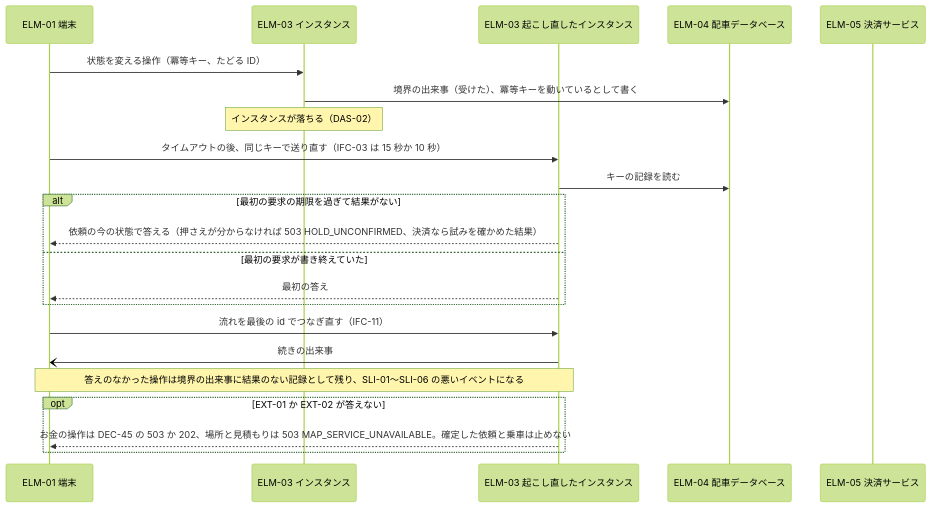
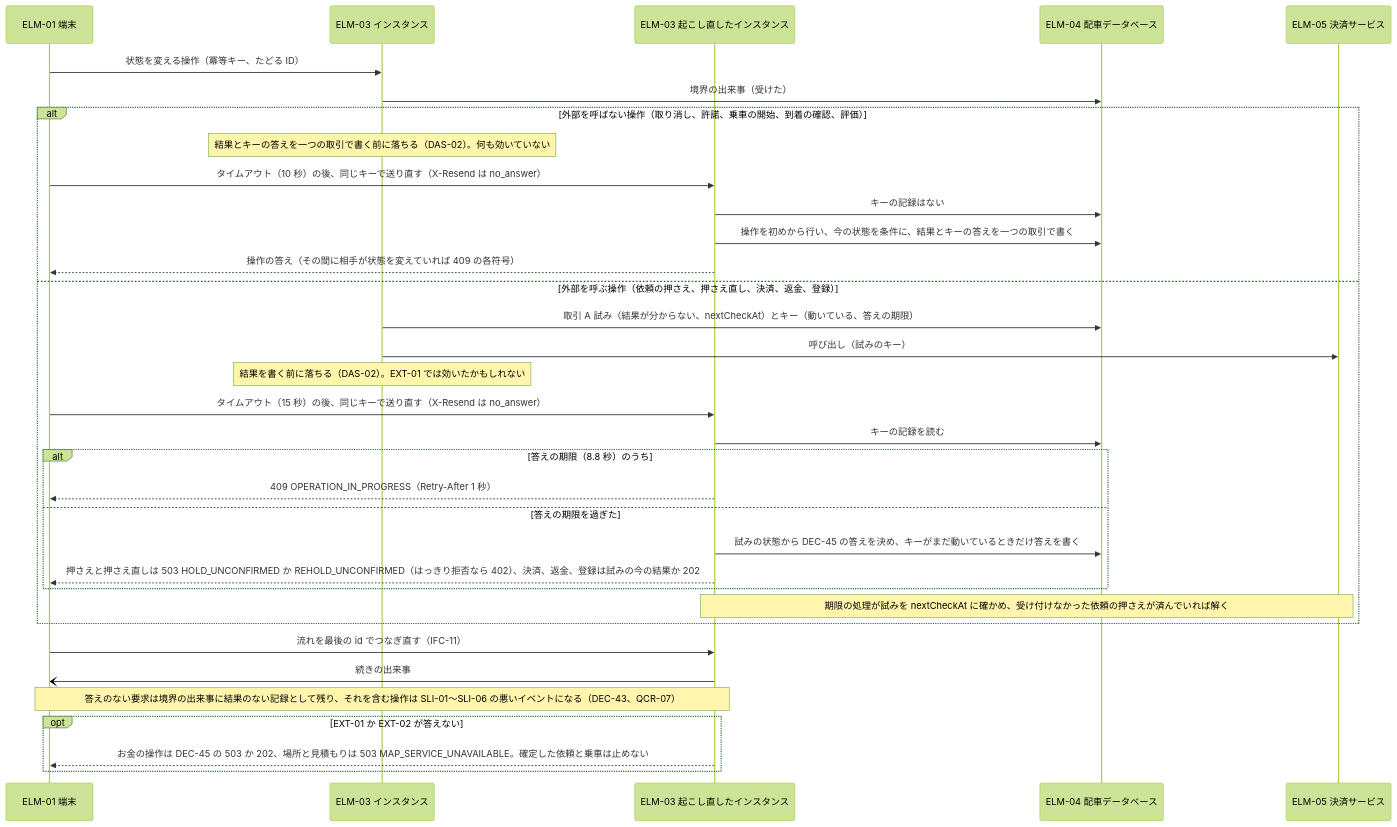
One commit to Taro000/ride-hailing-app-demo changed diagram 23 of 57 in docs/design/3-high-level-design.md. Above: the diagram before and after it, drawn with Mermaid (forest theme). The commit also changed other lines of this file and 51 other files, not shown here.

````diff
--- a/docs/design/3-high-level-design.md
+++ b/docs/design/3-high-level-design.md
@@ -758,24 +861,36 @@
 ```mermaid
 sequenceDiagram
   participant A as ELM-01 端末
   participant S1 as ELM-03 インスタンス
   participant S2 as ELM-03 起こし直したインスタンス
   participant DB as ELM-04 配車データベース
   participant PAY as ELM-05 決済サービス
   A->>S1: 状態を変える操作（冪等キー、たどる ID）
-  S1->>DB: 境界の出来事（受けた）、冪等キーを動いているとして書く
-  Note over S1: インスタンスが落ちる（DAS-02）
-  A->>S2: タイムアウトの後、同じキーで送り直す（IFC-03 は 15 秒か 10 秒）
-  S2->>DB: キーの記録を読む
-  alt 最初の要求の期限を過ぎて結果がない
-    S2-->>A: 依頼の今の状態で答える（押さえが分からなければ 503 HOLD_UNCONFIRMED、決済なら試みを確かめた結果）
-  else 最初の要求が書き終えていた
-    S2-->>A: 最初の答え
+  S1->>DB: 境界の出来事（受けた）
+  alt 外部を呼ばない操作（取り消し、許諾、乗車の開始、到着の確認、評価）
+    Note over S1: 結果とキーの答えを一つの取引で書く前に落ちる（DAS-02）。何も効いていない
+    A->>S2: タイムアウト（10 秒）の後、同じキーで送り直す（X-Resend は no_answer）
+    S2->>DB: キーの記録はない
+    S2->>DB: 操作を初めから行い、今の状態を条件に、結果とキーの答えを一つの取引で書く
+    S2-->>A: 操作の答え（その間に相手が状態を変えていれば 409 の各符号）
+  else 外部を呼ぶ操作（依頼の押さえ、押さえ直し、決済、返金、登録）
+    S1->>DB: 取引 A 試み（結果が分からない、nextCheckAt）とキー（動いている、答えの期限）
+    S1->>PAY: 呼び出し（試みのキー）
+    Note over S1: 結果を書く前に落ちる（DAS-02）。EXT-01 では効いたかもしれない
+    A->>S2: タイムアウト（15 秒）の後、同じキーで送り直す（X-Resend は no_answer）
+    S2->>DB: キーの記録を読む
+    alt 答えの期限（8.8 秒）のうち
+      S2-->>A: 409 OPERATION_IN_PROGRESS（Retry-After 1 秒）
+    else 答えの期限を過ぎた
+      S2->>DB: 試みの状態から DEC-45 の答えを決め、キーがまだ動いているときだけ答えを書く
+      S2-->>A: 押さえと押さえ直しは 503 HOLD_UNCONFIRMED か REHOLD_UNCONFIRMED（はっきり拒否なら 402）、決済、返金、登録は試みの今の結果か 202
+    end
+    Note over S2,PAY: 期限の処理が試みを nextCheckAt に確かめ、受け付けなかった依頼の押さえが済んでいれば解く
   end
   A->>S2: 流れを最後の id でつなぎ直す（IFC-11）
   S2-)A: 続きの出来事
-  Note over A,S2: 答えのなかった操作は境界の出来事に結果のない記録として残り、SLI-01〜SLI-06 の悪いイベントになる
+  Note over A,S2: 答えのない要求は境界の出来事に結果のない記録として残り、それを含む操作は SLI-01〜SLI-06 の悪いイベントになる（DEC-43、QCR-07）
   opt EXT-01 か EXT-02 が答えない
     S2-->>A: お金の操作は DEC-45 の 503 か 202、場所と見積もりは 503 MAP_SERVICE_UNAVAILABLE。確定した依頼と乗車は止めない
   end
 ```
````
